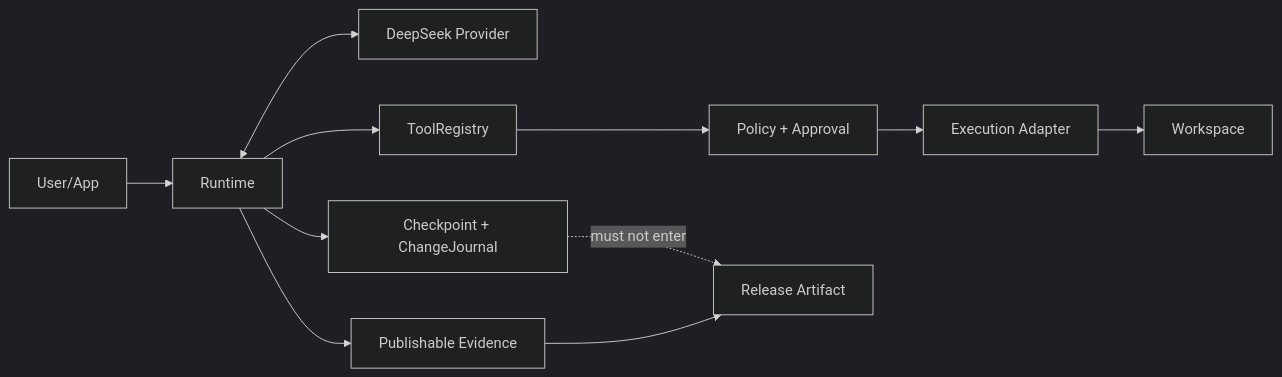
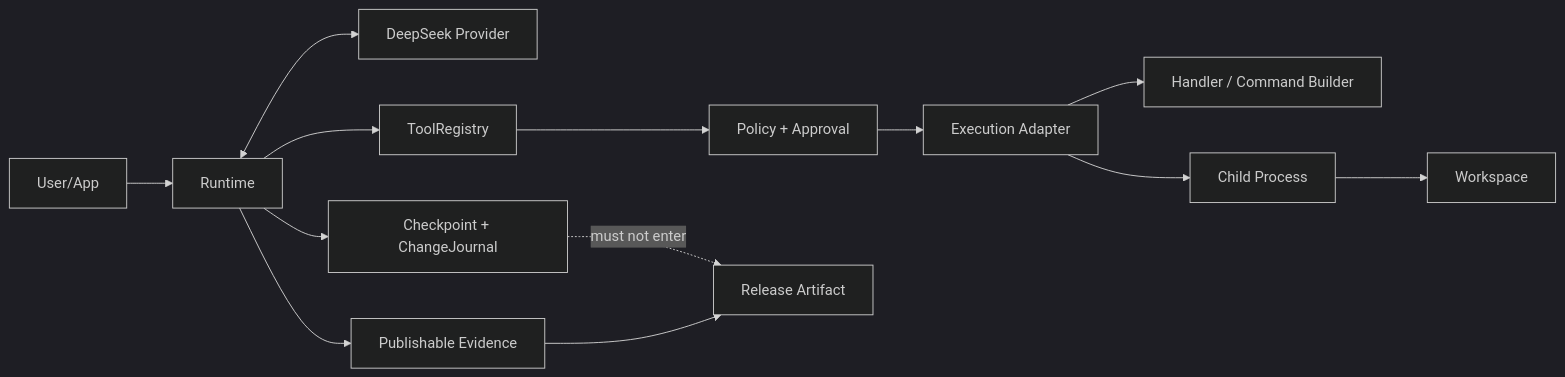
One commit to yuanchenglu/deepseek_runtime changed the diagram in docs/security/threat-model.md. Above: the diagram before and after it, drawn with Mermaid (dark theme). The commit also changed other lines of this file and 19 other files, not shown here.

````diff
--- a/docs/security/threat-model.md
+++ b/docs/security/threat-model.md
@@ -75,24 +83,28 @@
 ```mermaid
 flowchart LR
     User[User/App]
     Runtime[Runtime]
     Provider[DeepSeek Provider]
     Registry[ToolRegistry]
     Policy[Policy + Approval]
     Adapter[Execution Adapter]
+    Handler[Handler / Command Builder]
+    Child[Child Process]
     Workspace[Workspace]
     Store[Checkpoint + ChangeJournal]
     Evidence[Publishable Evidence]
     Artifact[Release Artifact]
 
     User --> Runtime
     Runtime <--> Provider
     Runtime --> Registry
     Registry --> Policy
     Policy --> Adapter
-    Adapter --> Workspace
+    Adapter --> Handler
+    Adapter --> Child
+    Child --> Workspace
     Runtime --> Store
     Runtime --> Evidence
     Store -. must not enter .-> Artifact
     Evidence --> Artifact
 ```
````
